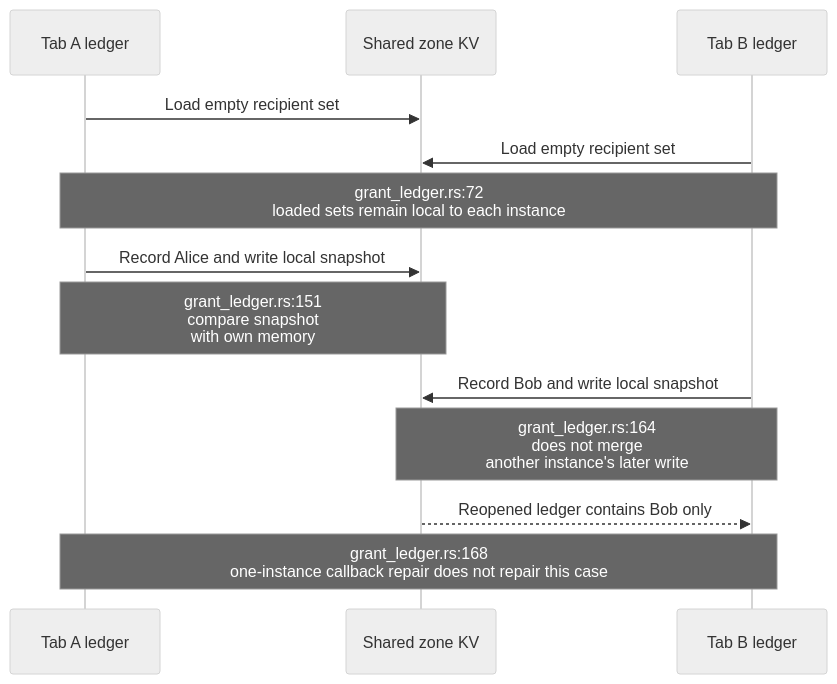
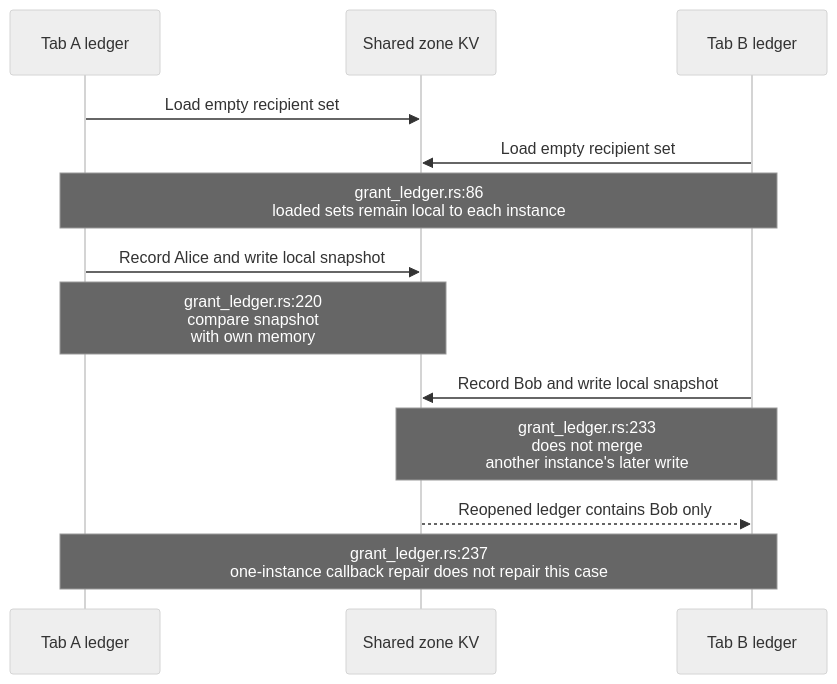
One commit to DreamLab-AI/VisionFlow changed the third of 6 diagrams in docs/diagrams/nostr-rust-forum/27-zone-key-distribution-and-recovery.md. Above: the diagram before and after it, drawn with Mermaid (neutral theme). The commit also changed other lines of this file, not shown here.

First line of the commit message:
docs(diagrams): re-verify NF-27 at nostr-rust-forum af4f0d5

````diff
--- a/docs/diagrams/nostr-rust-forum/27-zone-key-distribution-and-recovery.md
+++ b/docs/diagrams/nostr-rust-forum/27-zone-key-distribution-and-recovery.md
@@ -74,15 +84,15 @@
 ```mermaid
 sequenceDiagram
     participant A as Tab A ledger
     participant K as Shared zone KV
     participant B as Tab B ledger
     A->>K: Load empty recipient set
     B->>K: Load empty recipient set
-    Note over A,B: grant_ledger.rs:72<br/>loaded sets remain local to each instance
+    Note over A,B: grant_ledger.rs:86<br/>loaded sets remain local to each instance
     A->>K: Record Alice and write local snapshot
-    Note over A,K: grant_ledger.rs:151<br/>compare snapshot<br/>with own memory
+    Note over A,K: grant_ledger.rs:220<br/>compare snapshot<br/>with own memory
     B->>K: Record Bob and write local snapshot
-    Note over K,B: grant_ledger.rs:164<br/>does not merge<br/>another instance's later write
+    Note over K,B: grant_ledger.rs:233<br/>does not merge<br/>another instance's later write
     K-->>B: Reopened ledger contains Bob only
-    Note over A,B: grant_ledger.rs:168<br/>one-instance callback repair does not repair this case
+    Note over A,B: grant_ledger.rs:237<br/>one-instance callback repair does not repair this case
 ```
````
